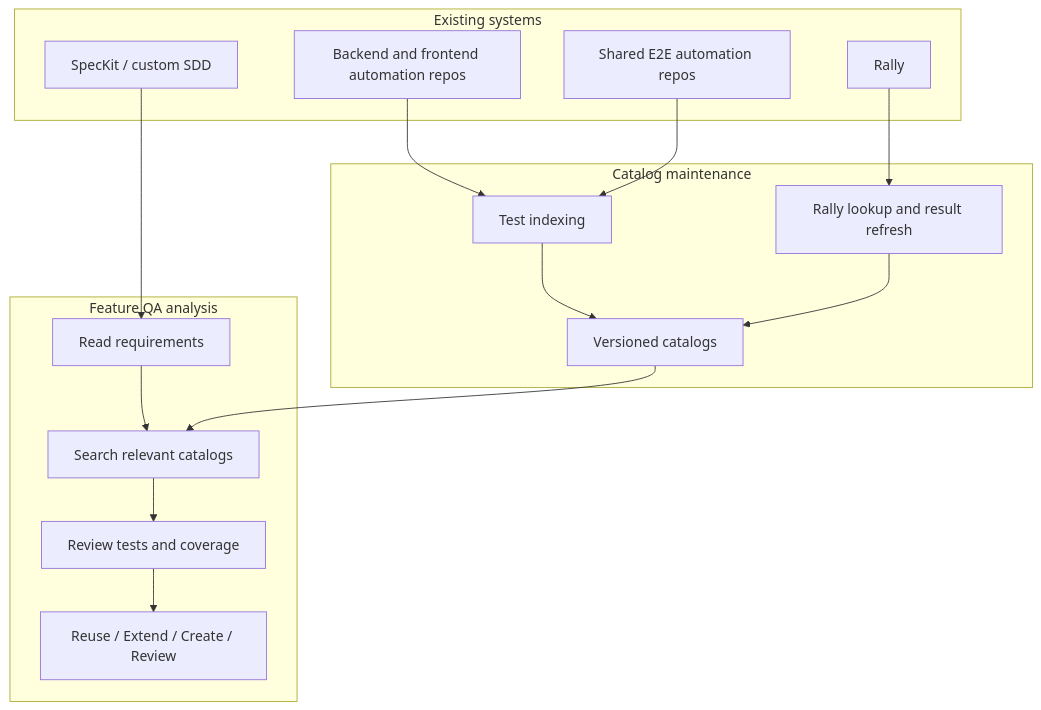
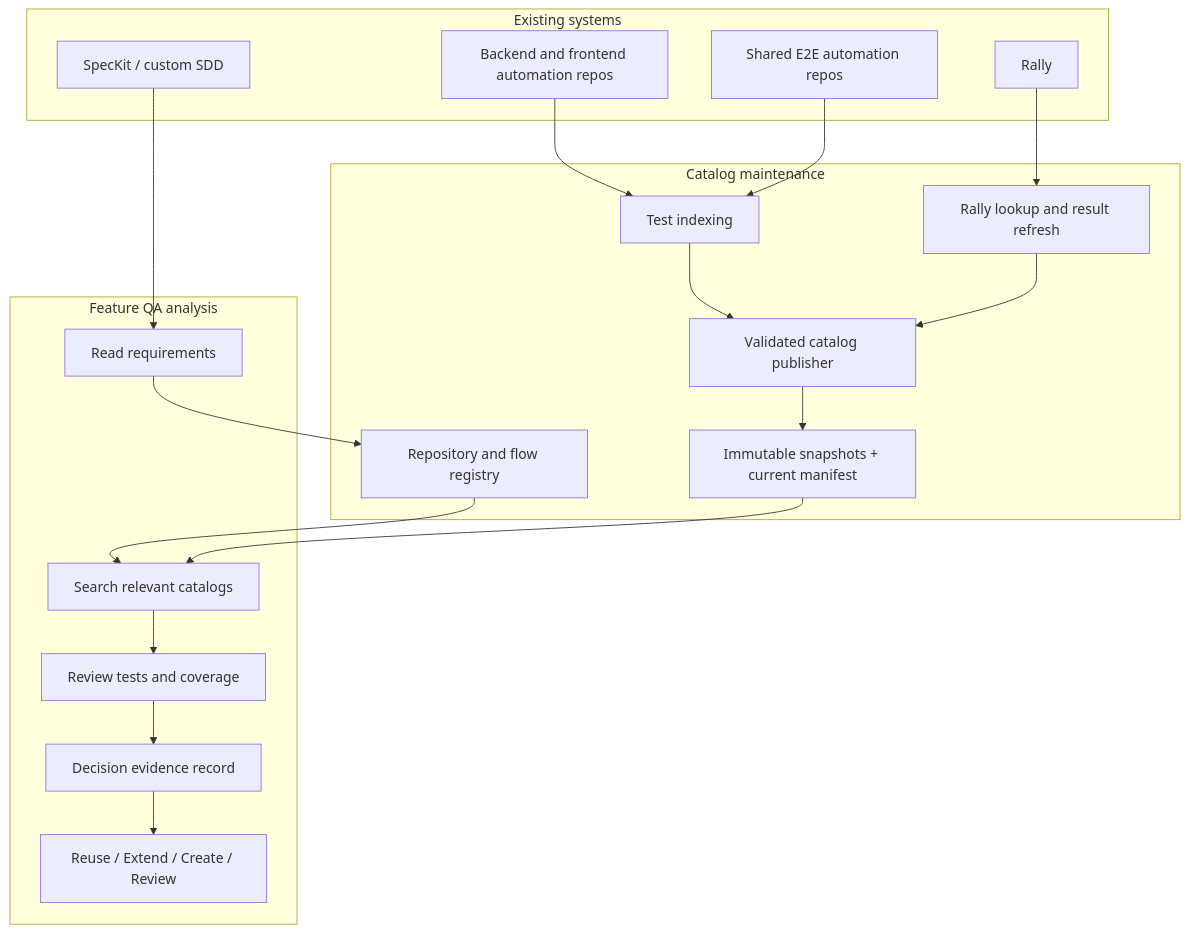
One commit to ghostlives/qa-catalog-indexing-architecture changed the first of 2 diagrams in docs/03-reference-architecture.md. Above: the diagram before and after it, drawn with Mermaid. The commit also changed other lines of this file and 6 other files, not shown here.

Commit message:
docs: harden QA catalog architecture

````diff
--- a/docs/03-reference-architecture.md
+++ b/docs/03-reference-architecture.md
@@ -9,30 +9,36 @@
 ```mermaid
 flowchart TB
     subgraph Systems["Existing systems"]
         A["Backend and frontend automation repos"]
         E["Shared E2E automation repos"]
         R["Rally"]
         S["SpecKit / custom SDD"]
     end
     subgraph Catalog["Catalog maintenance"]
+        G["Repository and flow registry"]
         I["Test indexing"]
         H["Rally lookup and result refresh"]
-        C["Versioned catalogs"]
+        P["Validated catalog publisher"]
+        C["Immutable snapshots + current manifest"]
     end
     subgraph QA["Feature QA analysis"]
         N["Read requirements"]
         Q["Search relevant catalogs"]
         V["Review tests and coverage"]
+        D["Decision evidence record"]
         O["Reuse / Extend / Create / Review"]
     end
     A --> I
     E --> I
-    I --> C
+    I --> P
     R --> H
-    H --> C
+    H --> P
+    P --> C
     S --> N
-    N --> Q
+    N --> G
+    G --> Q
     C --> Q
     Q --> V
-    V --> O
+    V --> D
+    D --> O
 ```
````
